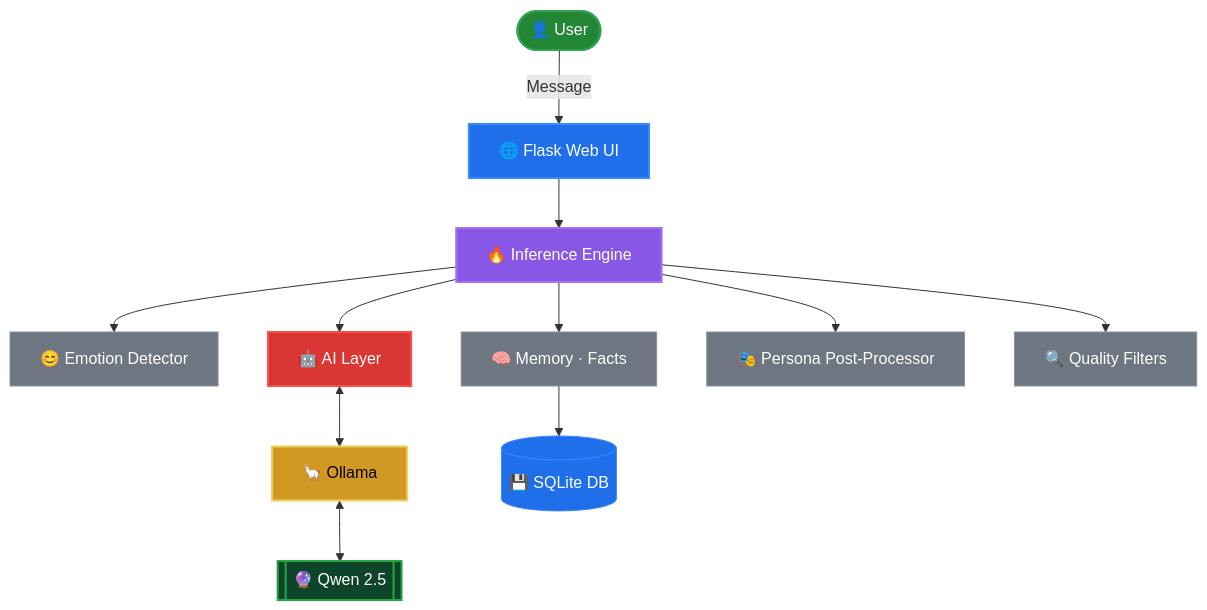
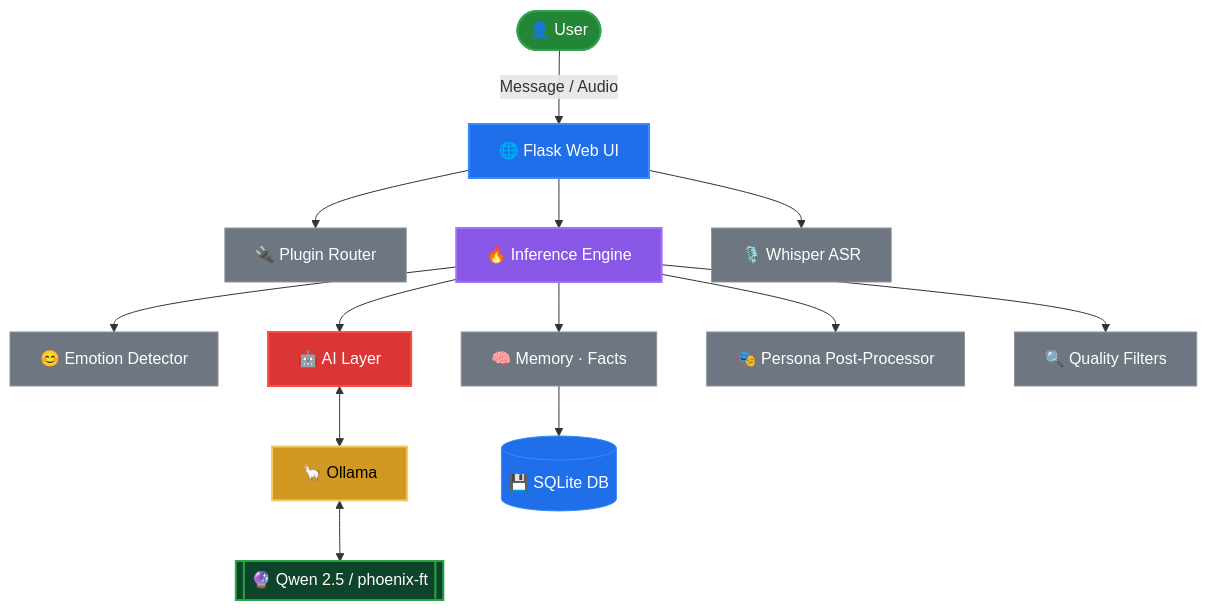
Before and after one commit to PriveX-Technologies/Phoenix: the diagram in README.md, drawn with Mermaid. The commit also changed other lines of this file and 9 other files, not shown here.

````diff
--- a/README.md
+++ b/README.md
@@ -430,29 +483,34 @@
 ```mermaid
 graph TD
-    User([👤 User]) -->|Message| WebUI[🌐 Flask Web UI]
+    User([👤 User]) -->|Message / Audio| WebUI[🌐 Flask Web UI]
 
+    WebUI --> Plugins[🔌 Plugin Router]
     WebUI --> Inference[🔥 Inference Engine]
 
     Inference --> Emotion[😊 Emotion Detector]
     Inference --> Memory[🧠 Memory · Facts]
     Inference --> AI[🤖 AI Layer]
     Inference --> Persona[🎭 Persona Post-Processor]
     Inference --> Filters[🔍 Quality Filters]
 
+    WebUI --> Whisper[🎙️ Whisper ASR]
+
     AI <--> Ollama[🦙 Ollama]
-    Ollama <--> Models[[🔮 Qwen 2.5]]
+    Ollama <--> Models[[🔮 Qwen 2.5 / phoenix-ft]]
 
     Memory --> SQLite[(💾 SQLite DB)]
 
     style User fill:#238636,stroke:#2ea44f,stroke-width:2px,color:#fff
     style WebUI fill:#1f6feb,stroke:#388bfd,stroke-width:2px,color:#fff
     style Inference fill:#8957e5,stroke:#a371f7,stroke-width:2px,color:#fff
+    style Plugins fill:#6e7681,stroke:#8b949e,stroke-width:1px,color:#fff
+    style Whisper fill:#6e7681,stroke:#8b949e,stroke-width:1px,color:#fff
     style Emotion fill:#6e7681,stroke:#8b949e,stroke-width:1px,color:#fff
     style Memory fill:#6e7681,stroke:#8b949e,stroke-width:1px,color:#fff
     style Filters fill:#6e7681,stroke:#8b949e,stroke-width:1px,color:#fff
     style Persona fill:#6e7681,stroke:#8b949e,stroke-width:1px,color:#fff
     style AI fill:#da3633,stroke:#f85149,stroke-width:2px,color:#fff
     style Ollama fill:#d29922,stroke:#f2cc60,stroke-width:2px,color:#000
     style Models fill:#0e4429,stroke:#26a641,stroke-width:2px,color:#fff
     style SQLite fill:#1f6feb,stroke:#388bfd,stroke-width:1px,color:#fff
 ```
````
